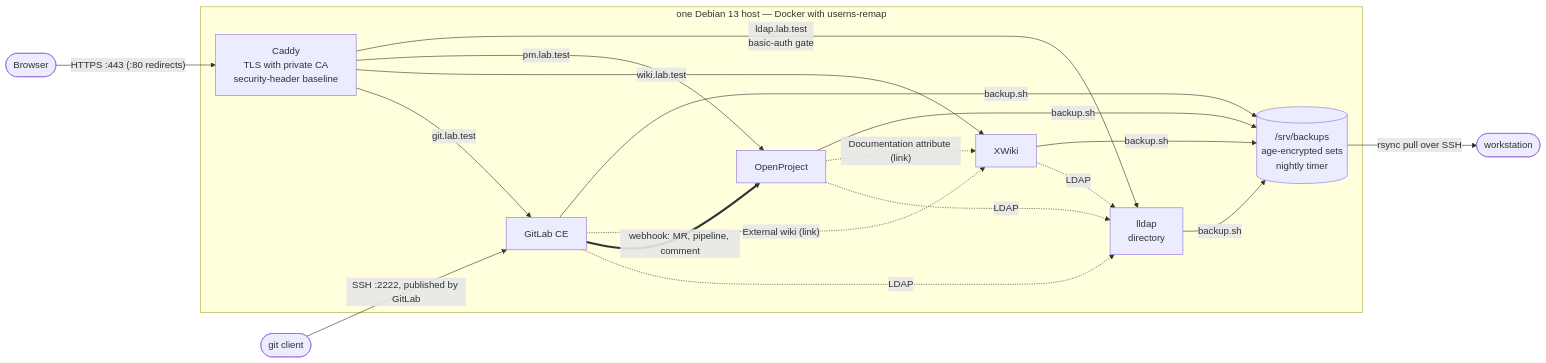
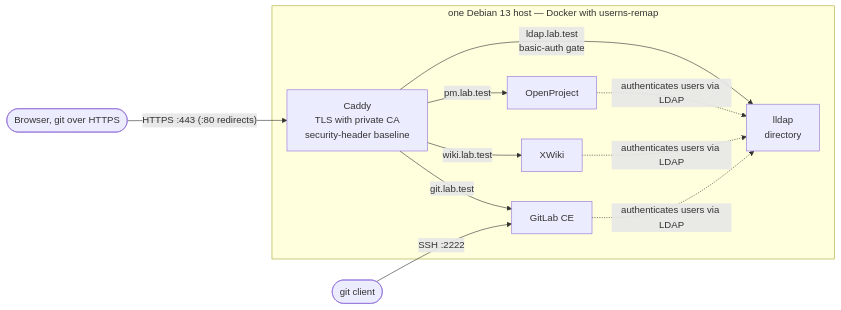
Before and after one commit to NicolasPogorzelski/Test-Projekt: the first of 3 diagrams in README.md, drawn with Mermaid. The commit also changed other lines of this file and 1 other file, not shown here.

Commit message:
docs(readme): split the overview into request path, collapsible integrations and backup/restore diagrams

````diff
--- a/README.md
+++ b/README.md
@@ -36,25 +39,19 @@
 ```mermaid
 flowchart LR
-  B([Browser]) -->|"HTTPS :443 (:80 redirects)"| C
-  D([git client]) -->|"SSH :2222, published by GitLab"| G
+  B(["Browser, git over HTTPS"]) -->|"HTTPS :443 (:80 redirects)"| C
+  D([git client]) -->|"SSH :2222"| G
   subgraph host["one Debian 13 host — Docker with userns-remap"]
     C["Caddy<br/>TLS with private CA<br/>security-header baseline"]
     G["GitLab CE"]
     W["XWiki"]
     P["OpenProject"]
     L["lldap<br/>directory"]
-    S[("/srv/backups<br/>age-encrypted sets<br/>nightly timer")]
     C -->|"git.lab.test"| G
     C -->|"wiki.lab.test"| W
     C -->|"pm.lab.test"| P
     C -->|"ldap.lab.test<br/>basic-auth gate"| L
-    G -.->|"LDAP"| L
-    W -.->|"LDAP"| L
-    P -.->|"LDAP"| L
-    G ==>|"webhook: MR, pipeline, comment"| P
-    G -.->|"External wiki (link)"| W
-    P -.->|"Documentation attribute (link)"| W
-    G & W & P & L -->|"backup.sh"| S
+    G -.->|"authenticates users via LDAP"| L
+    W -.->|"authenticates users via LDAP"| L
+    P -.->|"authenticates users via LDAP"| L
   end
-  S -->|"rsync pull over SSH"| WS([workstation])
 ```
````
